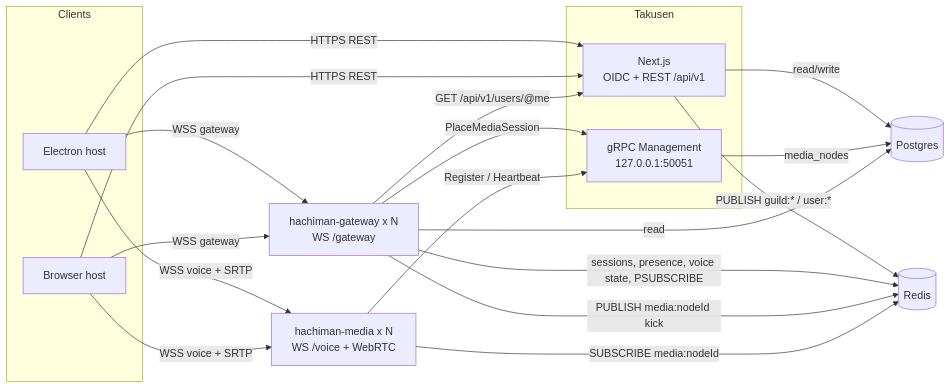
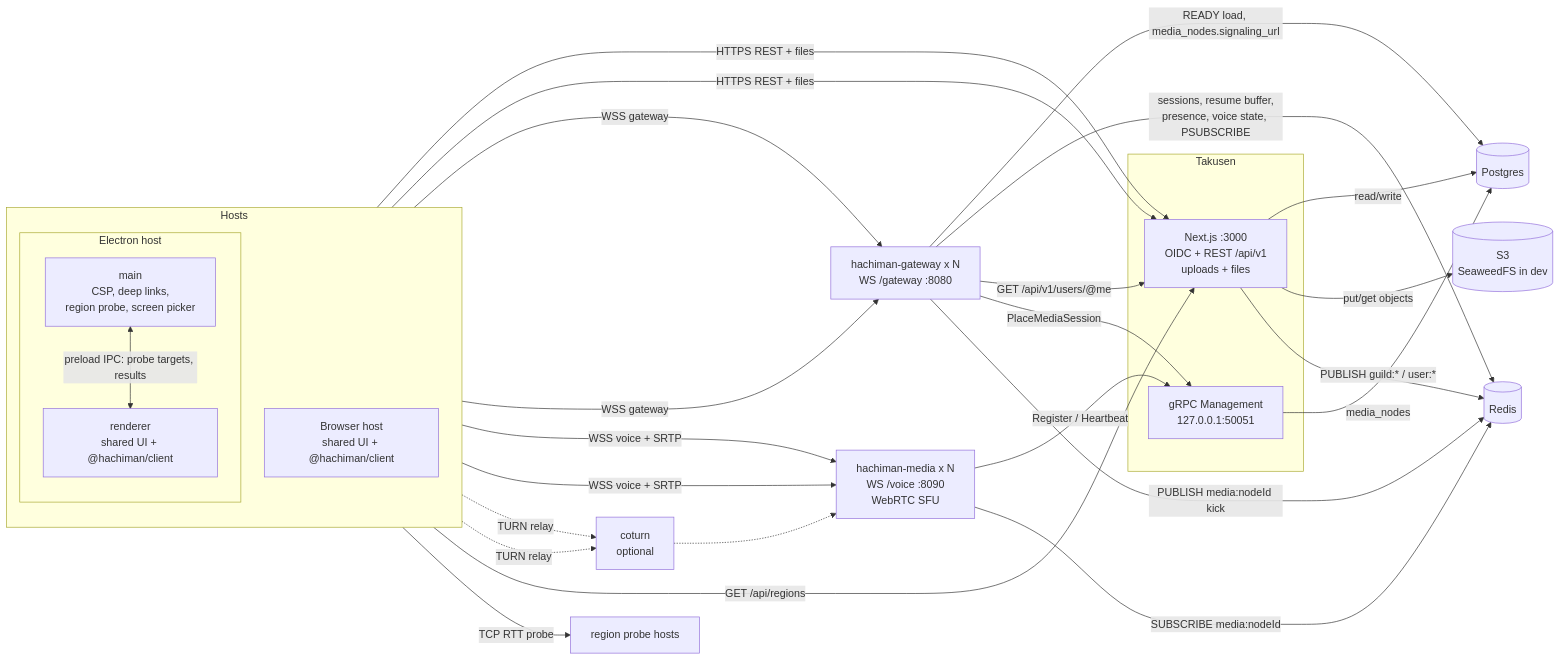
One commit to dan-hummelstad/hachiman changed the first of 4 diagrams in README.md. Above: the diagram before and after it, drawn with Mermaid. The commit also changed other lines of this file and 32 other files, not shown here.

````diff
--- a/README.md
+++ b/README.md
@@ -25,29 +28,47 @@
 ```mermaid
 flowchart LR
-  subgraph Clients
-    E[Electron host]
-    B[Browser host]
+  subgraph Hosts
+    direction TB
+    subgraph E[Electron host]
+      EM[main<br/>CSP, deep links,<br/>region probe, screen picker]
+      ER[renderer<br/>shared UI + @hachiman/client]
+      EM <-- preload IPC: probe targets, results --> ER
+    end
+    BR[Browser host<br/>shared UI + @hachiman/client]
   end
+
   subgraph Takusen
-    O[Next.js<br/>OIDC + REST /api/v1]
+    O[Next.js :3000<br/>OIDC + REST /api/v1<br/>uploads + files]
     OG[gRPC Management<br/>127.0.0.1:50051]
   end
-  G[hachiman-gateway x N<br/>WS /gateway]
-  M[hachiman-media x N<br/>WS /voice + WebRTC]
+
+  G[hachiman-gateway x N<br/>WS /gateway :8080]
+  M[hachiman-media x N<br/>WS /voice :8090<br/>WebRTC SFU]
   PG[(Postgres)]
   R[(Redis)]
+  S3[(S3<br/>SeaweedFS in dev)]
+  T[coturn<br/>optional]
 
-  E & B -- HTTPS REST --> O
-  E & B -- WSS gateway --> G
-  E & B -- WSS voice + SRTP --> M
+  ER & BR -- HTTPS REST + files --> O
+  ER & BR -- WSS gateway --> G
+  ER & BR -- WSS voice + SRTP --> M
+  ER & BR -. TURN relay .-> T
+  T -.-> M
+  P[region probe hosts]
+  ER -- GET /api/regions --> O
+  EM -- TCP RTT probe --> P
+
   O -- read/write --> PG
+  O -- put/get objects --> S3
   O -- PUBLISH guild:* / user:* --> R
   OG -- media_nodes --> PG
-  G -- read --> PG
-  G -- sessions, presence, voice state, PSUBSCRIBE --> R
+
+  G -- READY load, media_nodes.signaling_url --> PG
+  G -- sessions, resume buffer,<br/>presence, voice state, PSUBSCRIBE --> R
   G -- GET /api/v1/users/@me --> O
   G -- PlaceMediaSession --> OG
   G -- PUBLISH media:nodeId kick --> R
+
   M -- Register / Heartbeat --> OG
   M -- SUBSCRIBE media:nodeId --> R
 ```
````
